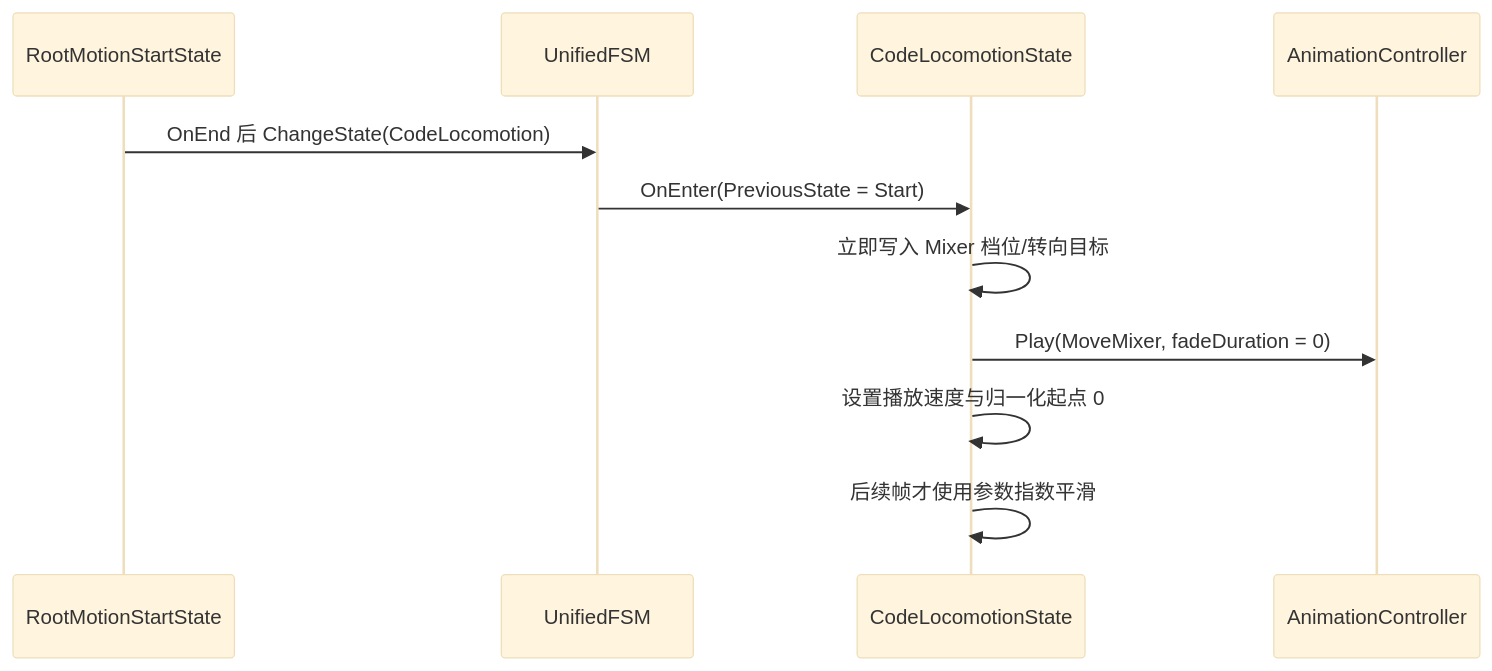
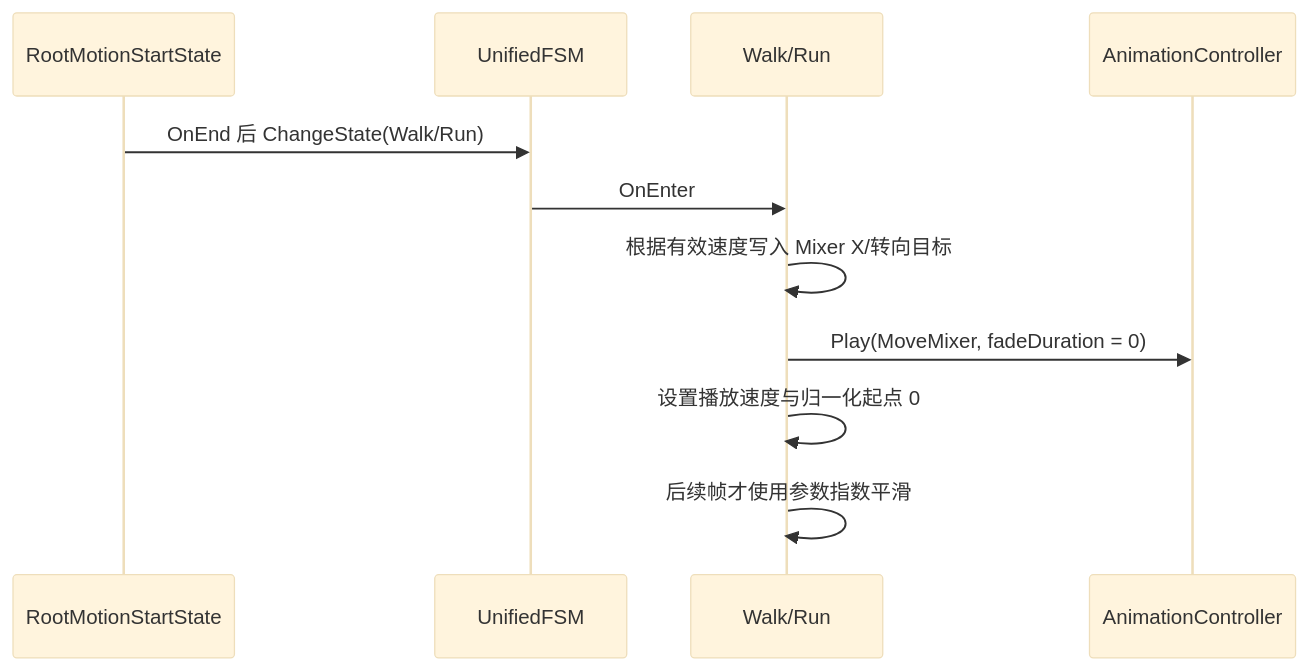
One commit to Whitesheeeep/3DRPG changed the ninth of 11 diagrams in Assets/Scripts/Character/CharacterControlAndMotionArchitecture.md. Above: the diagram before and after it, drawn with Mermaid (base theme). The commit also changed other lines of this file and 71 other files, not shown here.

````diff
--- a/Assets/Scripts/Character/CharacterControlAndMotionArchitecture.md
+++ b/Assets/Scripts/Character/CharacterControlAndMotionArchitecture.md
@@ -302,13 +358,13 @@
 ```mermaid
 sequenceDiagram
     participant Start as RootMotionStartState
     participant FSM as UnifiedFSM
-    participant Code as CodeLocomotionState
+    participant Move as Walk/Run
     participant Anim as AnimationController
-    Start->>FSM: OnEnd 后 ChangeState(CodeLocomotion)
-    FSM->>Code: OnEnter(PreviousState = Start)
-    Code->>Code: 立即写入 Mixer 档位/转向目标
-    Code->>Anim: Play(MoveMixer, fadeDuration = 0)
-    Code->>Code: 设置播放速度与归一化起点 0
-    Code->>Code: 后续帧才使用参数指数平滑
+    Start->>FSM: OnEnd 后 ChangeState(Walk/Run)
+    FSM->>Move: OnEnter
+    Move->>Move: 根据有效速度写入 Mixer X/转向目标
+    Move->>Anim: Play(MoveMixer, fadeDuration = 0)
+    Move->>Move: 设置播放速度与归一化起点 0
+    Move->>Move: 后续帧才使用参数指数平滑
 ```
````
